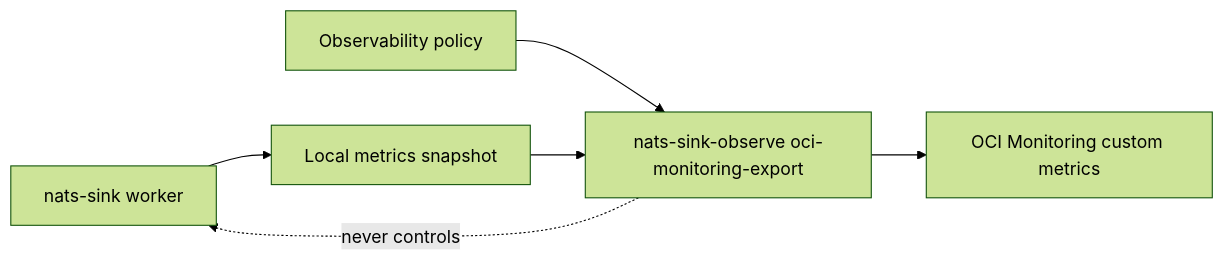
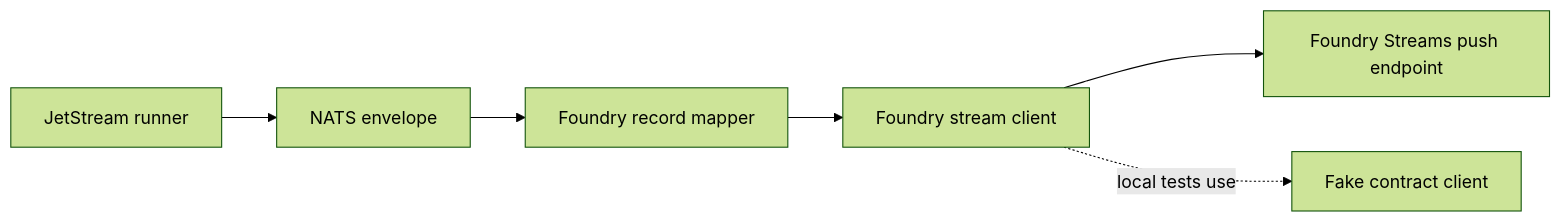
The diagram in docs/test-report.md (ProjectCuillin/nats-sinks), drawn with Mermaid (forest theme) before and after one commit. The commit also changed other lines of this file, not shown here.

Commit message:
Update Foundry sink test report

````diff
--- a/docs/test-report.md
+++ b/docs/test-report.md
@@ -34,8 +33,8 @@
 ```mermaid
 flowchart LR
-    Worker[nats-sink worker] --> Snapshot[Local metrics snapshot]
-    Policy[Observability policy] --> OCI[nats-sink-observe oci-monitoring-export]
-    Snapshot --> OCI
-    OCI --> Monitoring[OCI Monitoring custom metrics]
-    OCI -. never controls .-> Worker
+    Runner[JetStream runner] --> Envelope[NATS envelope]
+    Envelope --> Mapper[Foundry record mapper]
+    Mapper --> Client[Foundry stream client]
+    Client --> Target[Foundry Streams push endpoint]
+    Client -. local tests use .-> Fake[Fake contract client]
 ```
````
